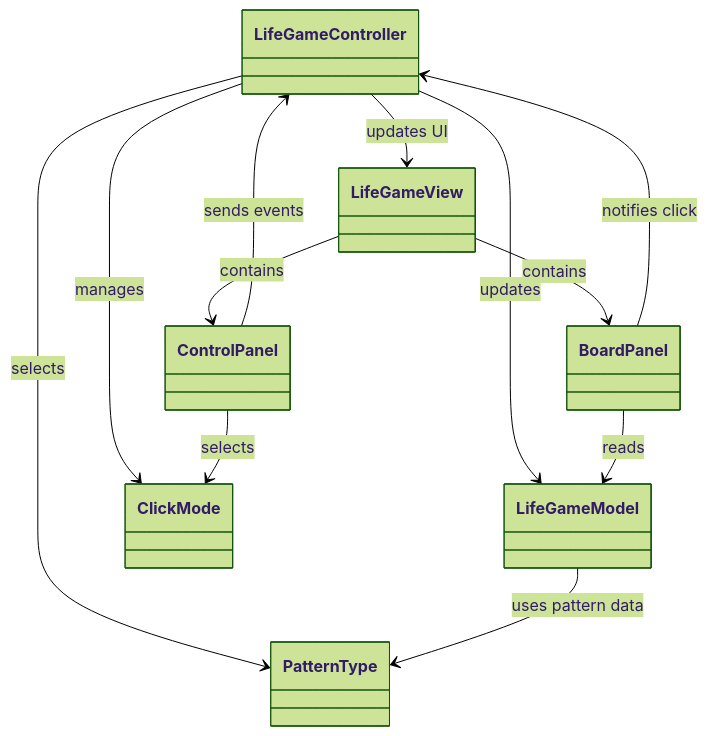
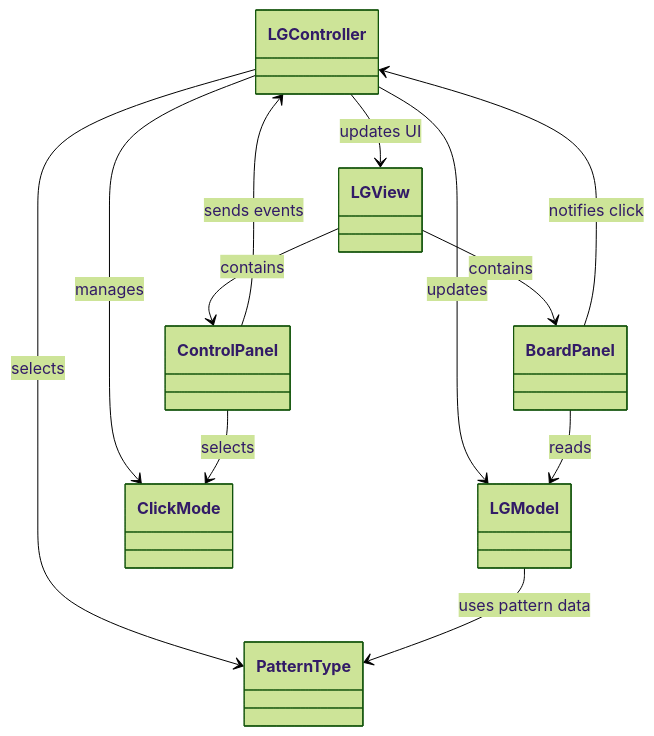
The first of 4 diagrams in README.md (mkunori/LifeGame), drawn with Mermaid (forest theme) before and after one commit. The commit also changed other lines of this file and 7 other files, not shown here.

````diff
--- a/README.md
+++ b/README.md
@@ -97,26 +97,26 @@
 ```mermaid
 classDiagram
-    class LifeGameController
-    class LifeGameModel
-    class LifeGameView
+    class LGController
+    class LGModel
+    class LGView
     class BoardPanel
     class ControlPanel
     class ClickMode
     class PatternType
 
-    LifeGameController --> LifeGameModel : updates
-    LifeGameController --> LifeGameView : updates UI
-    LifeGameController --> ClickMode : manages
-    LifeGameController --> PatternType : selects
+    LGController --> LGModel : updates
+    LGController --> LGView : updates UI
+    LGController --> ClickMode : manages
+    LGController --> PatternType : selects
 
-    LifeGameView --> BoardPanel : contains
-    LifeGameView --> ControlPanel : contains
+    LGView --> BoardPanel : contains
+    LGView --> ControlPanel : contains
 
-    BoardPanel --> LifeGameModel : reads
-    BoardPanel --> LifeGameController : notifies click
+    BoardPanel --> LGModel : reads
+    BoardPanel --> LGController : notifies click
 
-    ControlPanel --> LifeGameController : sends events
+    ControlPanel --> LGController : sends events
     ControlPanel --> ClickMode : selects
 
-    LifeGameModel --> PatternType : uses pattern data
+    LGModel --> PatternType : uses pattern data
 ```
````
